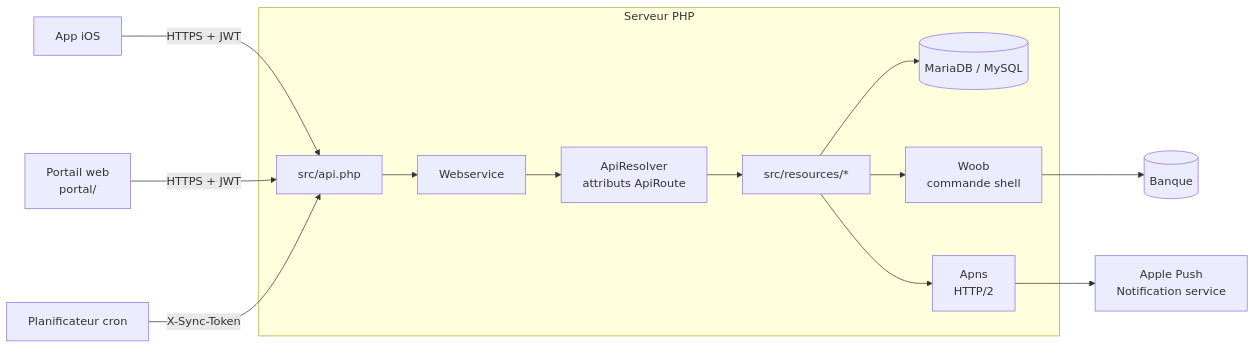
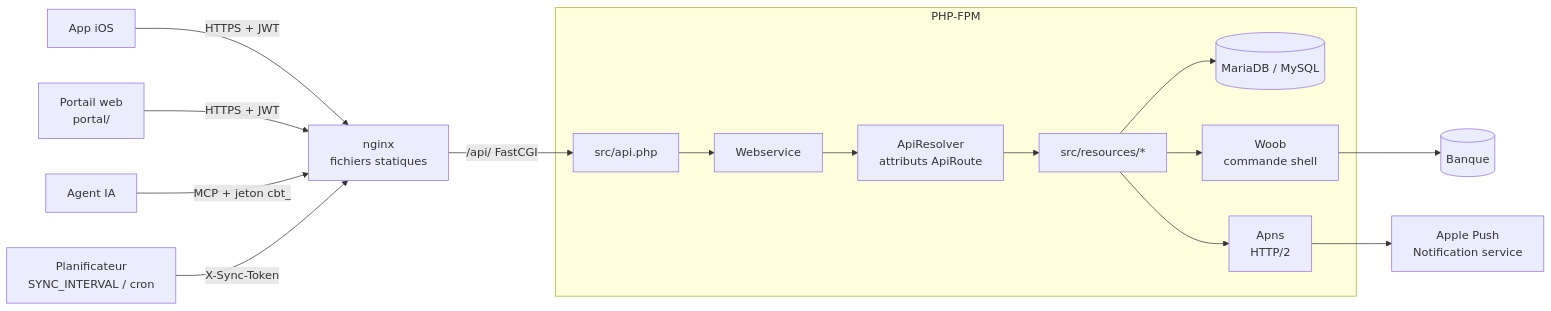
The first of 4 diagrams in docs/architecture.md (ltoinel/Carbure), drawn with Mermaid before and after one commit. The commit also changed other lines of this file and 14 other files, not shown here.

````diff
--- a/docs/architecture.md
+++ b/docs/architecture.md
@@ -5,16 +5,18 @@
 ```mermaid
 flowchart LR
-    ios[App iOS] -->|HTTPS + JWT| api
-    portal["Portail web<br/>portal/"] -->|HTTPS + JWT| api
-    cron[Planificateur cron] -->|X-Sync-Token| api
-    subgraph serveur[Serveur PHP]
+    ios[App iOS] -->|HTTPS + JWT| nginx
+    portal["Portail web<br/>portal/"] -->|HTTPS + JWT| nginx
+    agent[Agent IA] -->|MCP + jeton cbt_| nginx
+    cron[Planificateur<br/>SYNC_INTERVAL / cron] -->|X-Sync-Token| nginx
+    nginx[nginx<br/>fichiers statiques] -->|/api/ FastCGI| api
+    subgraph serveur[PHP-FPM]
         api["src/api.php"] --> ws[Webservice]
         ws --> resolver["ApiResolver<br/>attributs ApiRoute"]
         resolver --> res["src/resources/*"]
         res --> db[(MariaDB / MySQL)]
         res --> woob[Woob<br/>commande shell]
         res --> apns[Apns<br/>HTTP/2]
     end
     woob --> banque[(Banque)]
     apns --> apple[Apple Push<br/>Notification service]
 ```
````
